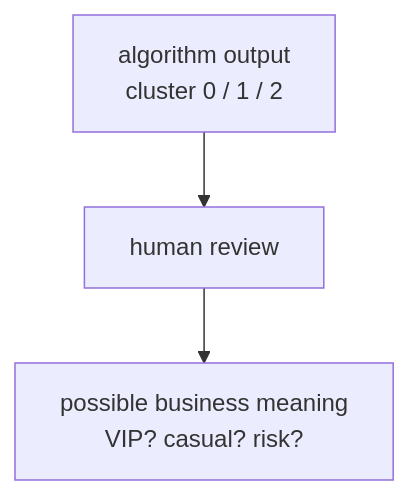
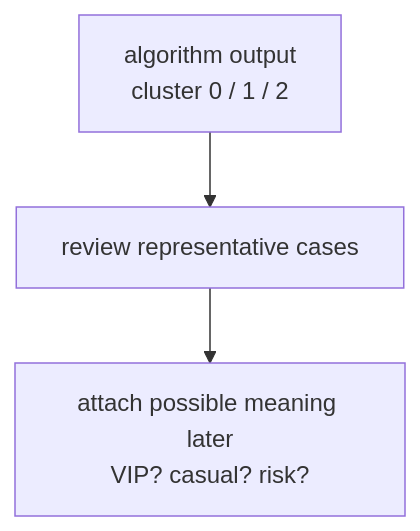
One commit to devchan64/AiBook changed the third of 6 diagrams in docs/parts/part-04/chapter-17/section-01.md. Above: the diagram before and after it, drawn with Mermaid. The commit also changed other lines of this file and 102 other files, not shown here.

````diff
--- a/docs/parts/part-04/chapter-17/section-01.md
+++ b/docs/parts/part-04/chapter-17/section-01.md
@@ -181,8 +176,8 @@
 ```mermaid
-flowchart TB
+flowchart TD
   A["algorithm output<br/>cluster 0 / 1 / 2"]
-  B["human review"]
-  C["possible business meaning<br/>VIP? casual? risk?"]
+  B["review representative cases"]
+  C["attach possible meaning later<br/>VIP? casual? risk?"]
 
   A --> B --> C
 ```
````
